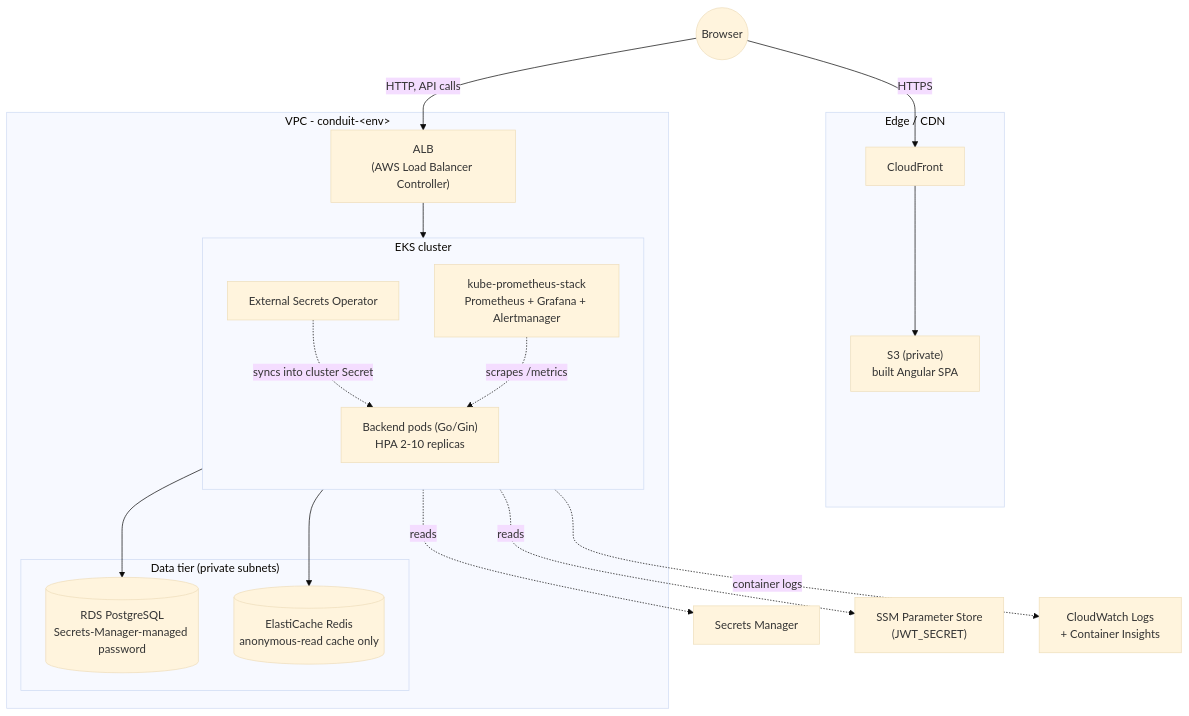
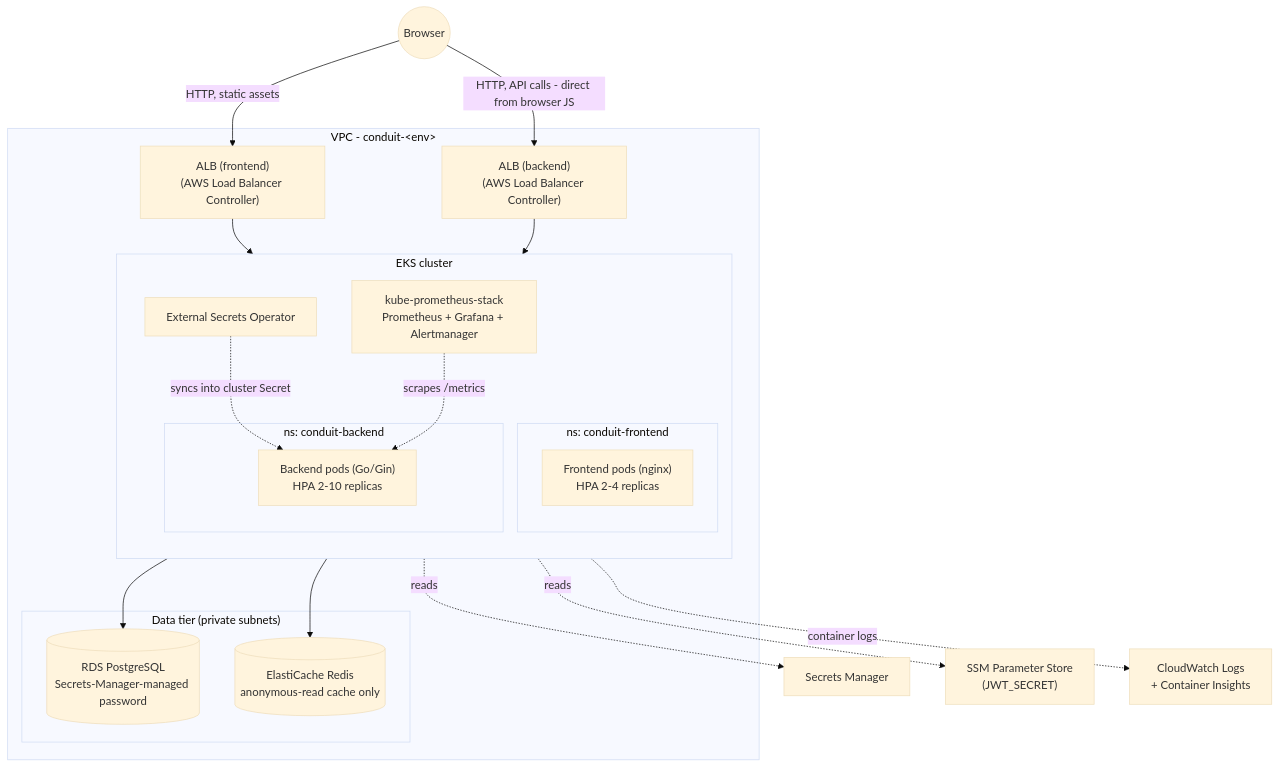
The first of 2 diagrams in docs/architecture.md (mashiofu/conduit-platform), drawn with Mermaid (base theme) before and after one commit. The commit also changed other lines of this file and 4 other files, not shown here.

````diff
--- a/docs/architecture.md
+++ b/docs/architecture.md
@@ -5,39 +5,40 @@
 ```mermaid
 flowchart TB
     User(("Browser"))
 
-    subgraph edge["Edge / CDN"]
-        CF["CloudFront"]
-        S3["S3 (private)<br/>built Angular SPA"]
-    end
-
     subgraph vpc["VPC - conduit-&lt;env&gt;"]
-        ALB["ALB<br/>(AWS Load Balancer Controller)"]
+        ALBf["ALB (frontend)<br/>(AWS Load Balancer Controller)"]
+        ALBb["ALB (backend)<br/>(AWS Load Balancer Controller)"]
 
         subgraph eks["EKS cluster"]
             direction TB
-            Backend["Backend pods (Go/Gin)<br/>HPA 2-10 replicas"]
+            subgraph nsFrontend["ns: conduit-frontend"]
+                Frontend["Frontend pods (nginx)<br/>HPA 2-4 replicas"]
+            end
+            subgraph nsBackend["ns: conduit-backend"]
+                Backend["Backend pods (Go/Gin)<br/>HPA 2-10 replicas"]
+            end
             Prom["kube-prometheus-stack<br/>Prometheus + Grafana + Alertmanager"]
             ESO["External Secrets Operator"]
         end
 
         subgraph data["Data tier (private subnets)"]
             RDS[("RDS PostgreSQL<br/>Secrets-Manager-managed password")]
             Redis[("ElastiCache Redis<br/>anonymous-read cache only")]
         end
     end
 
     SM["Secrets Manager"]
     SSM["SSM Parameter Store<br/>(JWT_SECRET)"]
     CW["CloudWatch Logs<br/>+ Container Insights"]
 
-    User -->|HTTPS| CF --> S3
-    User -->|HTTP, API calls| ALB --> Backend
+    User -->|HTTP, static assets| ALBf --> Frontend
+    User -->|HTTP, API calls - direct from browser JS| ALBb --> Backend
     Backend --> RDS
     Backend --> Redis
     ESO -.reads.-> SM
     ESO -.reads.-> SSM
     ESO -.syncs into cluster Secret.-> Backend
     Prom -.scrapes /metrics.-> Backend
     eks -.container logs.-> CW
 ```
````
